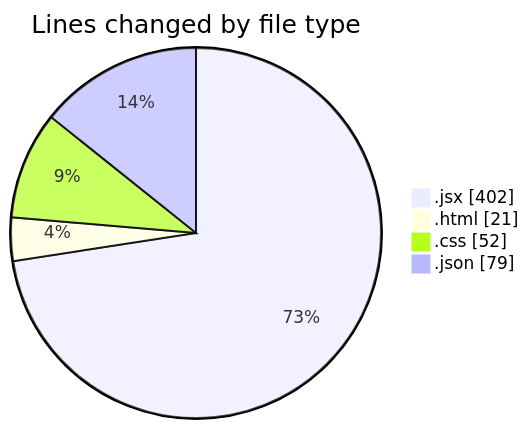
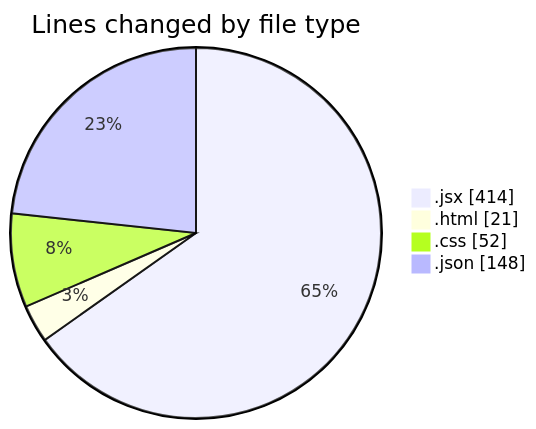
The first of 2 diagrams in 2025-02-13/elitegpt/README.md (Elitesun/code-tracking), drawn with Mermaid before and after one commit. The commit also changed other lines of this file and 1 other file, not shown here.

````diff
--- a/2025-02-13/elitegpt/README.md
+++ b/2025-02-13/elitegpt/README.md
@@ -27,8 +29,8 @@
 ```mermaid
 pie showData
 title Lines changed by file type
-".jsx" : 402
+".jsx" : 414
 ".html" : 21
 ".css" : 52
-".json" : 79
+".json" : 148
 ```
````
